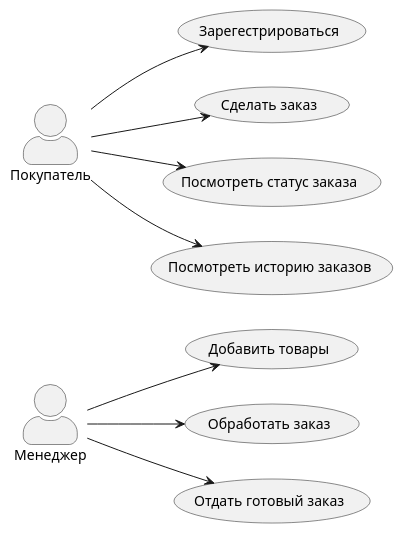
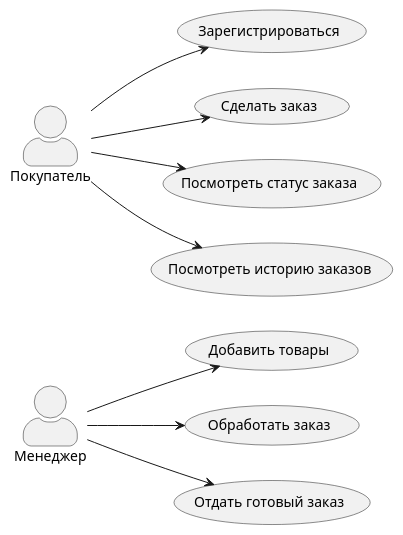
Before and after one commit to Efimish/university-4sem-pis-coursework: the diagram in precedent.puml, drawn with PlantUML. The commit also changed 2 other files, not shown here.

```diff
--- a/precedent.puml
+++ b/precedent.puml
@@ -1,19 +1,19 @@
 @startuml Диграмма прецедентов
 left to right direction
 skinparam actorStyle awesome
 
 actor Менеджер as manager
 actor Покупатель as customer
 ' Физ. лицо или компания
 
-customer --> (Зарегестрироваться)
+customer --> (Зарегистрироваться)
 customer --> (Сделать заказ)
 customer --> (Посмотреть статус заказа)
 customer --> (Посмотреть историю заказов)
 
 manager --> (Добавить товары)
 ' Можно импортировать список из excel
 manager --> (Обработать заказ)
 manager --> (Отдать готовый заказ)
 
 @enduml
```
